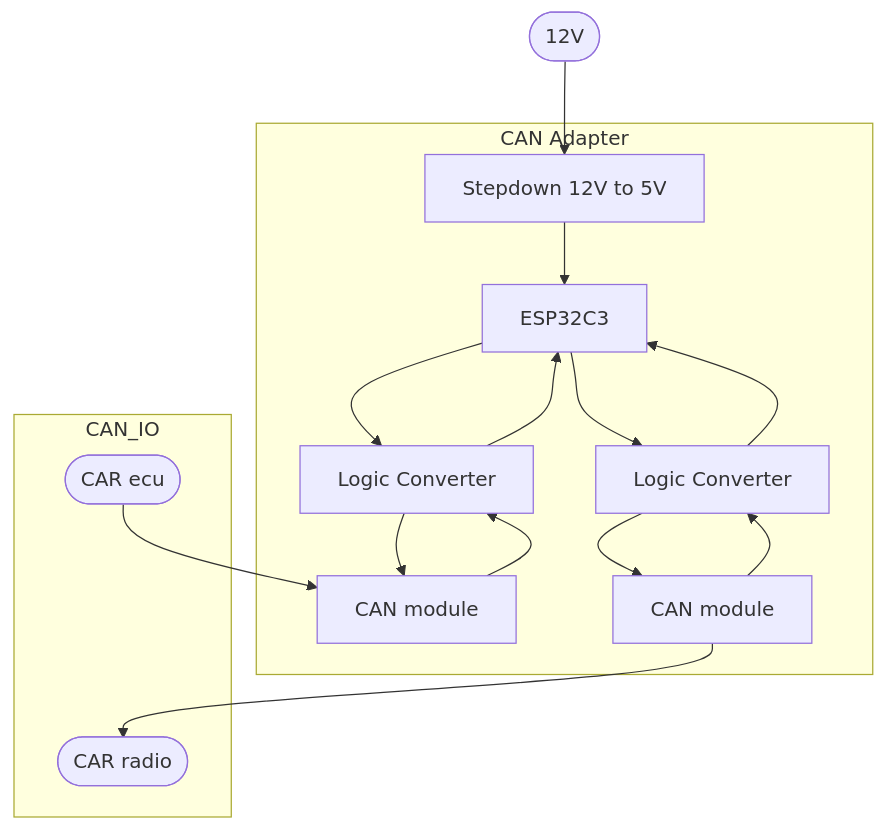
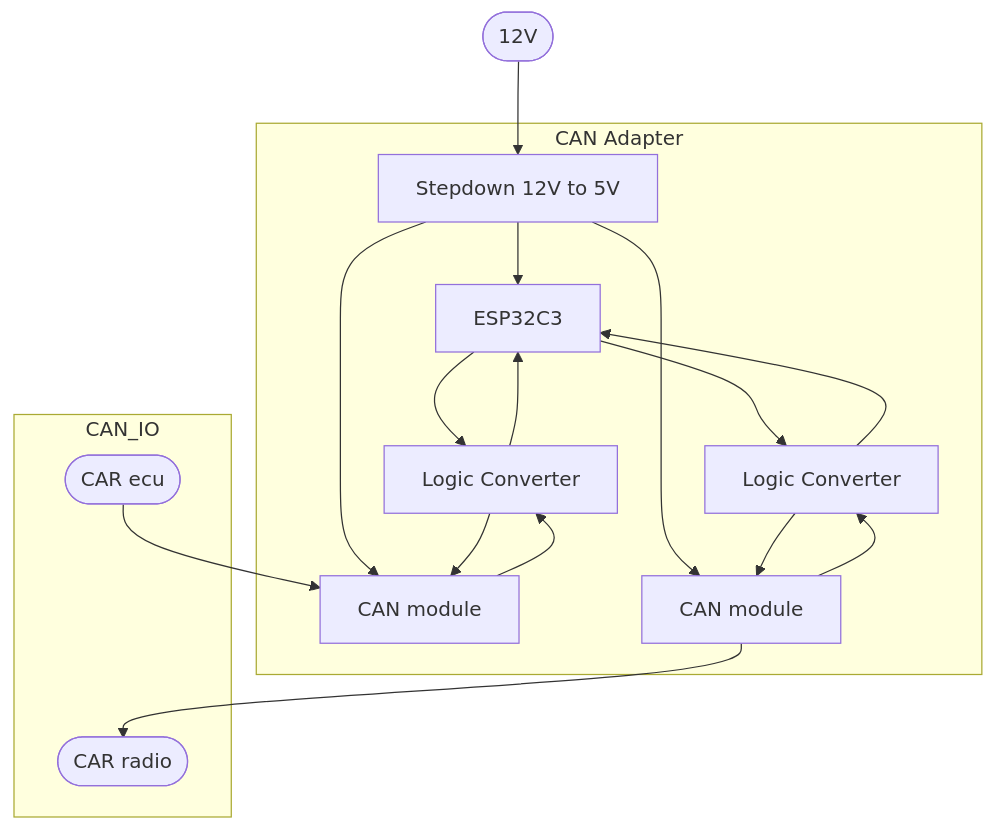
One commit to Wojtechos/CAN_VWTP_ADAPTER changed the diagram in README.md. Above: the diagram before and after it, drawn with Mermaid.

````diff
--- a/README.md
+++ b/README.md
@@ -14,28 +14,30 @@
 ```mermaid
   flowchart TD
     Power(["12V"])
     subgraph CAN Adapter
       Stepdown["Stepdown 12V to 5V"]
       MCU["ESP32C3"]
       LOGCONV1["Logic Converter"]
       LOGCONV2["Logic Converter"]
       CANMOD1["CAN module"]
       CANMOD2["CAN module"] 
     end
     subgraph CAN_IO
       RADIO(["CAR radio"])
       ECU(["CAR ecu"])
     end
     Power --> Stepdown
     Stepdown --> MCU
+    Stepdown --> CANMOD1
+    Stepdown --> CANMOD2
     MCU --> LOGCONV1
     MCU --> LOGCONV2
     LOGCONV1 --> CANMOD1 
     LOGCONV2 --> CANMOD2
     ECU --> CANMOD1 
     CANMOD2 --> RADIO
     LOGCONV1 --> MCU
     LOGCONV2 --> MCU
     CANMOD1 --> LOGCONV1
     CANMOD2 --> LOGCONV2
 ```
````
